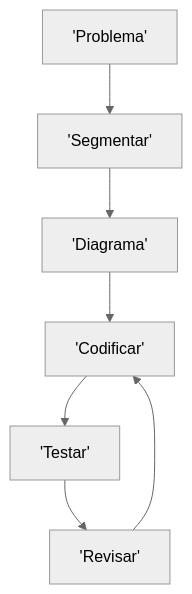
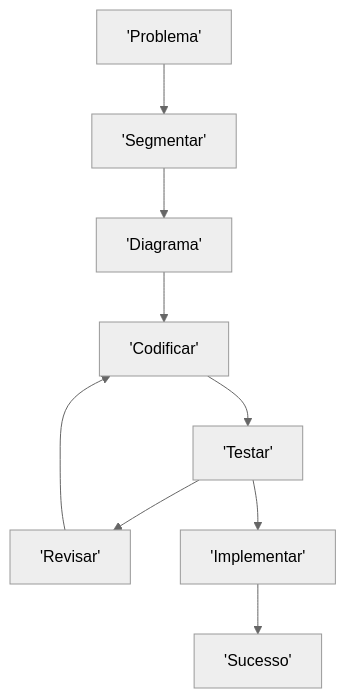
Before and after one commit to digitalinnovationone/dio-lab-open-source: the diagram in community/BabiNoli.md, drawn with Mermaid (neutral theme).

Commit message:
Update Diagrama BabiNoli.md

````diff
--- a/community/BabiNoli.md
+++ b/community/BabiNoli.md
@@ -33,10 +33,12 @@
 ```mermaid
 graph TD;
     'Problema'-->'Segmentar';
     'Segmentar'-->'Diagrama';
     'Diagrama'-->'Codificar';
     'Codificar'-->'Testar';
     'Testar'-->'Revisar';
     'Revisar'-->'Codificar';
+    'Testar'-->'Implementar';
+    'Implementar'-->'Sucesso';
     
 ```
````
